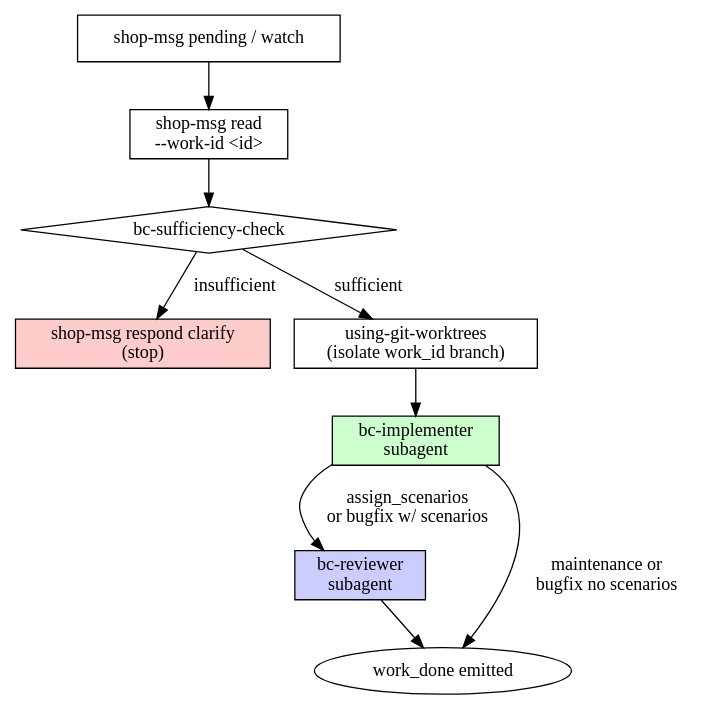
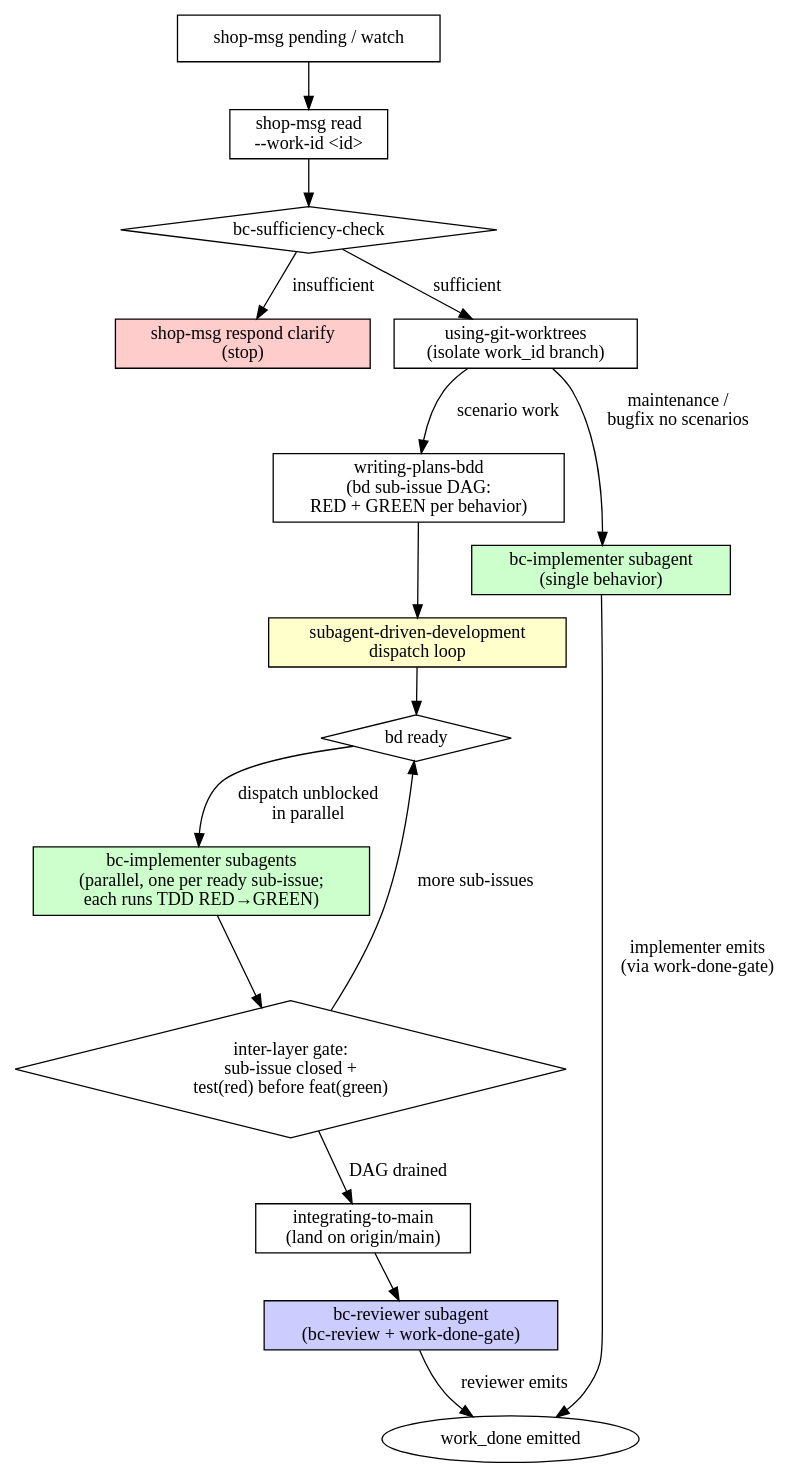
One commit to dstengle/shopsystem-scenarios changed the diagram in .claude/skills/bc-router/SKILL.md. Above: the diagram before and after it, drawn with Graphviz. The commit also changed other lines of this file and 8 other files, not shown here.

First line of the commit message:
refactor(skills): RED/GREEN sub-issue model + idempotent BDD planning

````diff
--- a/.claude/skills/bc-router/SKILL.md
+++ b/.claude/skills/bc-router/SKILL.md
@@ -38,22 +38,35 @@
 ```dot
 digraph bc_router {
     rankdir=TB;
     intake [label="shop-msg pending / watch", shape=box];
     read   [label="shop-msg read\n--work-id <id>", shape=box];
     suff   [label="bc-sufficiency-check", shape=diamond];
     clarify [label="shop-msg respond clarify\n(stop)", shape=box, style=filled, fillcolor="#ffcccc"];
     worktree [label="using-git-worktrees\n(isolate work_id branch)", shape=box];
-    impl   [label="bc-implementer\nsubagent", shape=box, style=filled, fillcolor="#ccffcc"];
-    rev    [label="bc-reviewer\nsubagent", shape=box, style=filled, fillcolor="#ccccff"];
+    plan   [label="writing-plans-bdd\n(bd sub-issue DAG:\nRED + GREEN per behavior)", shape=box];
+    sdd    [label="subagent-driven-development\ndispatch loop", shape=box, style=filled, fillcolor="#ffffcc"];
+    ready  [label="bd ready", shape=diamond];
+    impl   [label="bc-implementer subagents\n(parallel, one per ready sub-issue;\neach runs TDD RED→GREEN)", shape=box, style=filled, fillcolor="#ccffcc"];
+    gate   [label="inter-layer gate:\nsub-issue closed +\ntest(red) before feat(green)", shape=diamond];
+    integ  [label="integrating-to-main\n(land on origin/main)", shape=box];
+    rev    [label="bc-reviewer subagent\n(bc-review + work-done-gate)", shape=box, style=filled, fillcolor="#ccccff"];
+    impl1  [label="bc-implementer subagent\n(single behavior)", shape=box, style=filled, fillcolor="#ccffcc"];
     done   [label="work_done emitted", shape=ellipse];
 
     intake -> read;
     read   -> suff;
     suff   -> clarify [label="insufficient"];
     suff   -> worktree [label="sufficient"];
-    worktree -> impl;
-    impl   -> rev  [label="assign_scenarios\nor bugfix w/ scenarios"];
-    impl   -> done [label="maintenance or\nbugfix no scenarios"];
-    rev    -> done;
+    worktree -> plan  [label="scenario work"];
+    worktree -> impl1 [label="maintenance /\nbugfix no scenarios"];
+    plan   -> sdd;
+    sdd    -> ready;
+    ready  -> impl   [label="dispatch unblocked\nin parallel"];
+    impl   -> gate;
+    gate   -> ready  [label="more sub-issues"];
+    gate   -> integ  [label="DAG drained"];
+    integ  -> rev;
+    rev    -> done   [label="reviewer emits"];
+    impl1  -> done   [label="implementer emits\n(via work-done-gate)"];
 }
 ```
````
